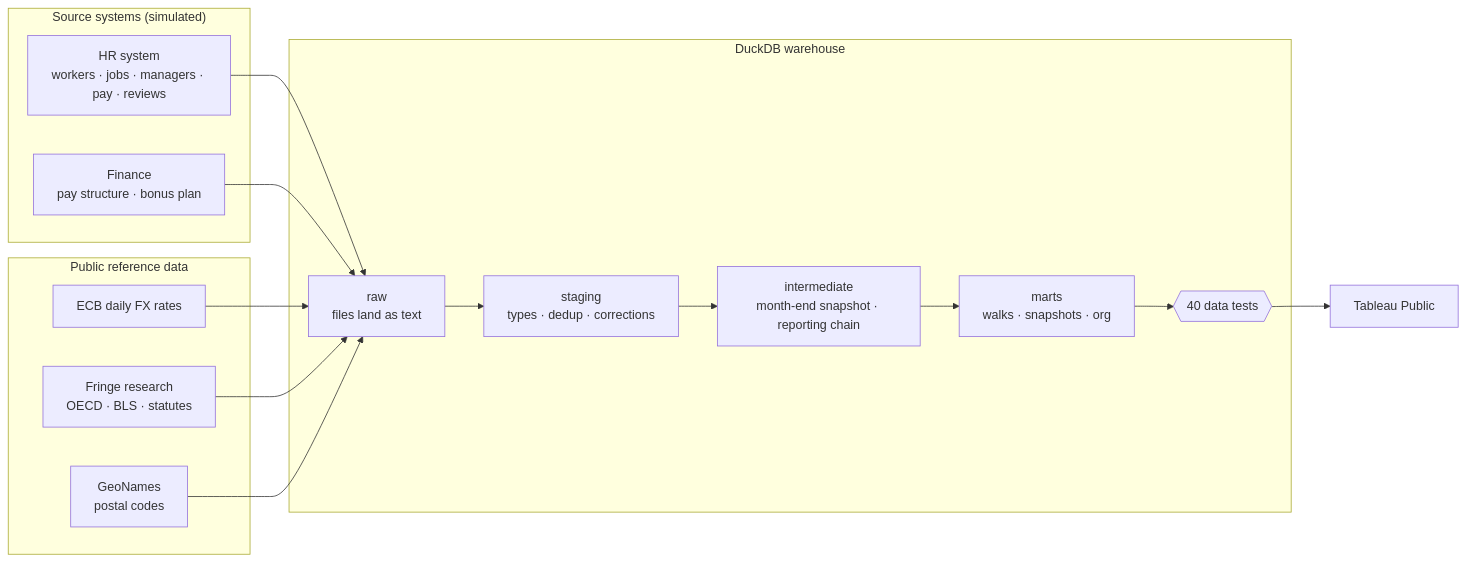
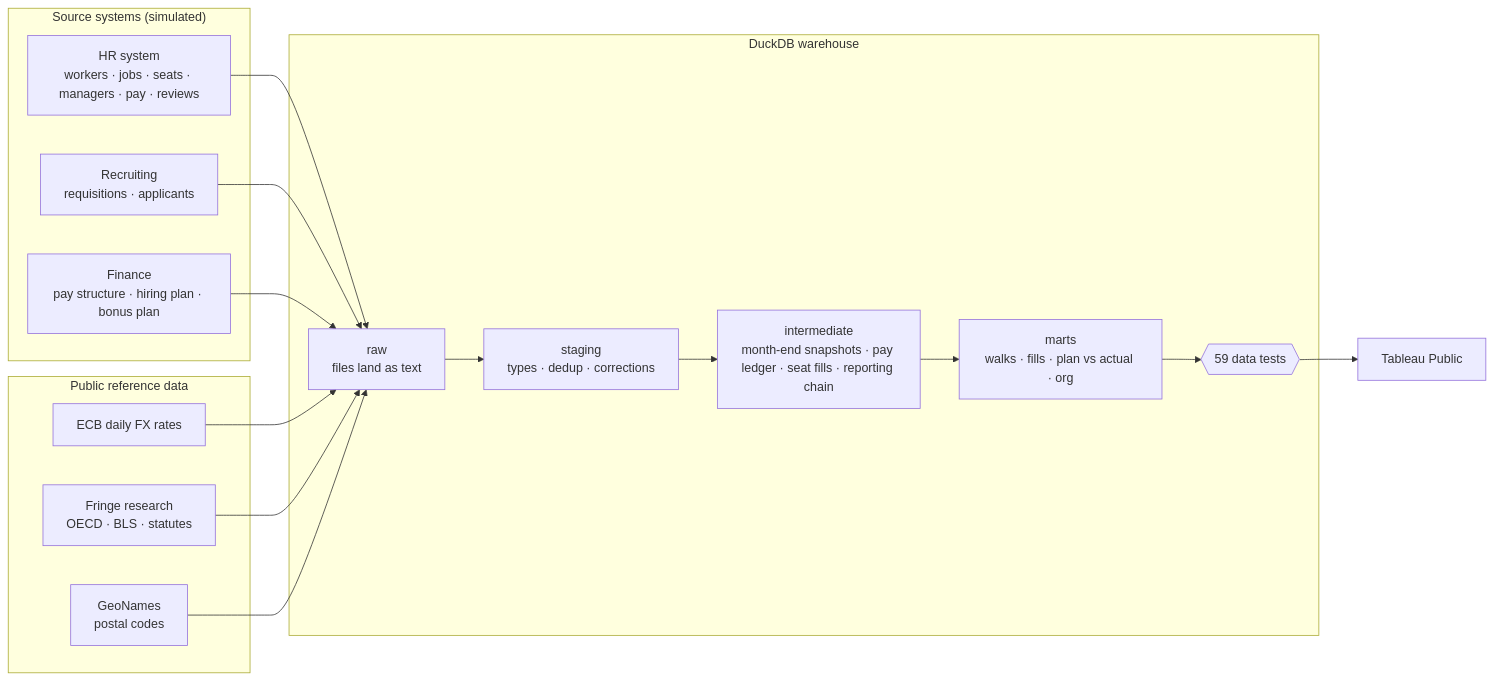
Before and after one commit to thialp/people-analytics-warehouse: the first of 2 diagrams in README.md, drawn with Mermaid. The commit also changed other lines of this file and 6 other files, not shown here.

````diff
--- a/README.md
+++ b/README.md
@@ -46,26 +38,28 @@
 ```mermaid
 flowchart LR
     subgraph Sources["Source systems (simulated)"]
-        HR["HR system<br/>workers · jobs · managers · pay · reviews"]
-        FIN["Finance<br/>pay structure · bonus plan"]
+        HR["HR system<br/>workers · jobs · seats · managers · pay · reviews"]
+        ATS["Recruiting<br/>requisitions · applicants"]
+        FIN["Finance<br/>pay structure · hiring plan · bonus plan"]
     end
     subgraph Public["Public reference data"]
         ECB["ECB daily FX rates"]
         FRG["Fringe research<br/>OECD · BLS · statutes"]
         GEO["GeoNames<br/>postal codes"]
     end
     subgraph WH["DuckDB warehouse"]
         RAW["raw<br/>files land as text"]
         STG["staging<br/>types · dedup · corrections"]
-        INT["intermediate<br/>month-end snapshot · reporting chain"]
-        MART["marts<br/>walks · snapshots · org"]
-        TEST{{"40 data tests"}}
+        INT["intermediate<br/>month-end snapshots · pay ledger · seat fills · reporting chain"]
+        MART["marts<br/>walks · fills · plan vs actual · org"]
+        TEST{{"59 data tests"}}
     end
     TAB["Tableau Public"]
     HR --> RAW
+    ATS --> RAW
     FIN --> RAW
     ECB --> RAW
     FRG --> RAW
     GEO --> RAW
     RAW --> STG --> INT --> MART --> TEST --> TAB
 ```
````
